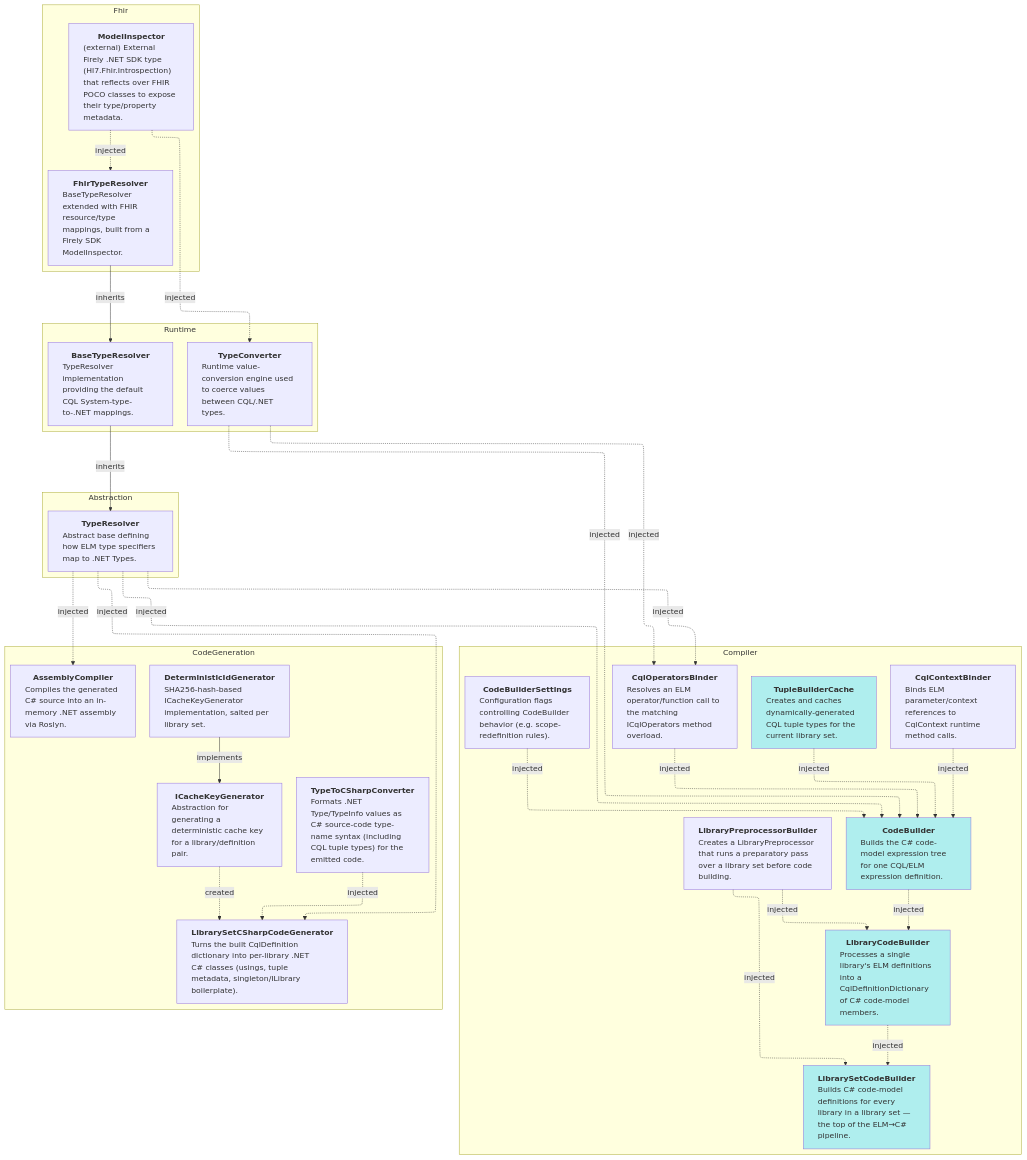
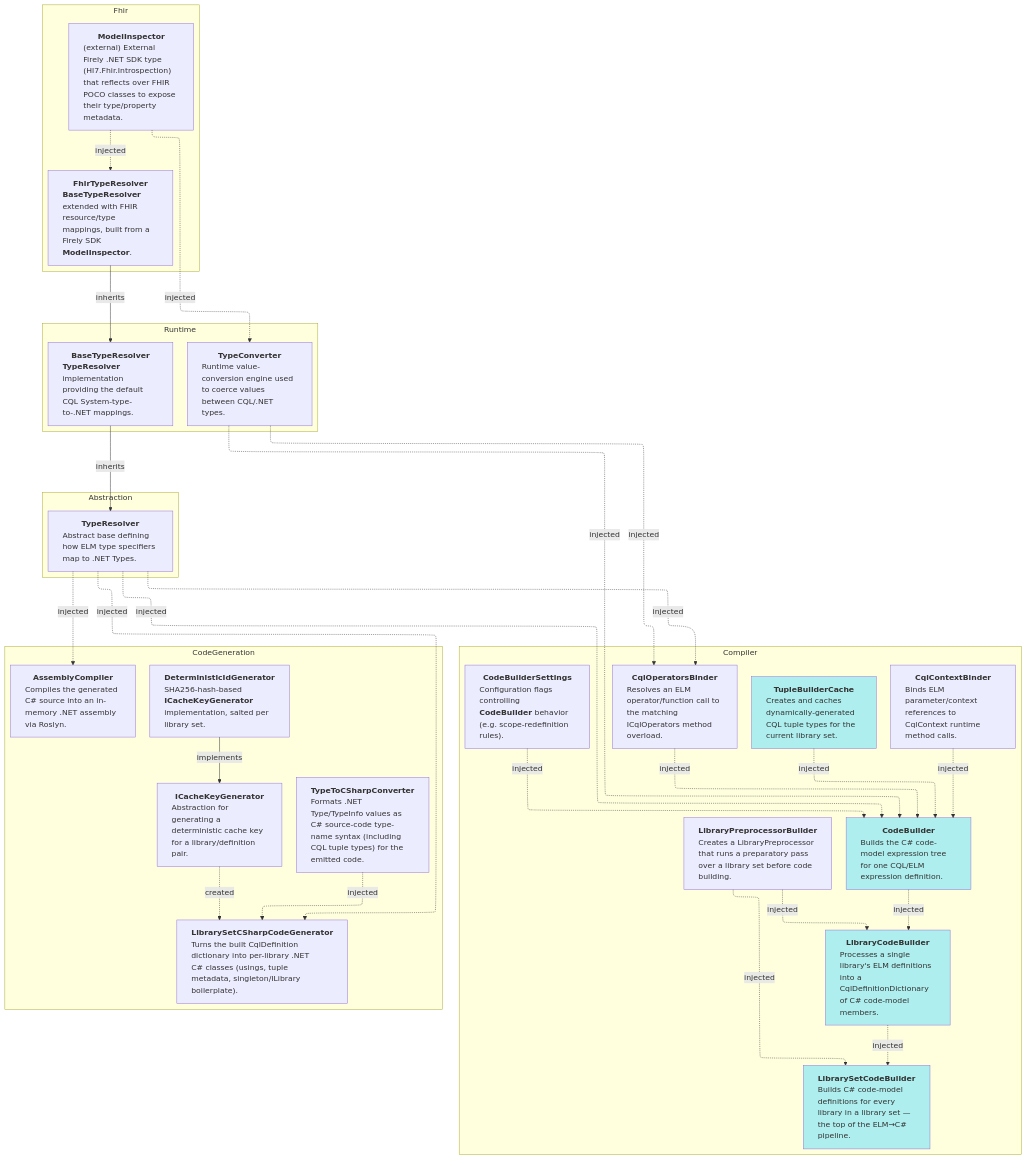
Before and after one commit to FirelyTeam/firely-cql-sdk: the diagram in docs/diagrams/dependency-diagrams.elm-toolkit-services.mmd, drawn with Mermaid. The commit also changed 5 other files, not shown here.

First line of the commit message:
Bold cross-references to other diagrammed types within each description

```diff
--- a/docs/diagrams/dependency-diagrams.elm-toolkit-services.mmd
+++ b/docs/diagrams/dependency-diagrams.elm-toolkit-services.mmd
@@ -1,81 +1,81 @@
 %%{init: {
     'layout': 'elk',
     'themeVariables':{
       'lineColor': '#333',
       'lineWidth': 4
     },
     'themeCSS': '.edgeLabel, .edgeLabel p, .edgeLabel rect, .labelBkg { background: transparent !important; background-color: transparent !important; fill: transparent !important; }'
 }}%%
 
 flowchart TB
 
 subgraph Compiler
 direction TB
 LibrarySetCodeBuilder["<b>LibrarySetCodeBuilder</b><br/><div style='text-align:left; max-width:280px; overflow-wrap:anywhere;'>Builds C# code-model definitions for every library in a library set — the top of the ELM→C# pipeline.</div>"]
 LibraryCodeBuilder["<b>LibraryCodeBuilder</b><br/><div style='text-align:left; max-width:280px; overflow-wrap:anywhere;'>Processes a single library's ELM definitions into a CqlDefinitionDictionary of C# code-model members.</div>"]
 CodeBuilder["<b>CodeBuilder</b><br/><div style='text-align:left; max-width:280px; overflow-wrap:anywhere;'>Builds the C# code-model expression tree for one CQL/ELM expression definition.</div>"]
-CodeBuilderSettings["<b>CodeBuilderSettings</b><br/><div style='text-align:left; max-width:280px; overflow-wrap:anywhere;'>Configuration flags controlling CodeBuilder behavior (e.g. scope-redefinition rules).</div>"]
+CodeBuilderSettings["<b>CodeBuilderSettings</b><br/><div style='text-align:left; max-width:280px; overflow-wrap:anywhere;'>Configuration flags controlling <b>CodeBuilder</b> behavior (e.g. scope-redefinition rules).</div>"]
 TupleBuilderCache["<b>TupleBuilderCache</b><br/><div style='text-align:left; max-width:280px; overflow-wrap:anywhere;'>Creates and caches dynamically-generated CQL tuple types for the current library set.</div>"]
 CqlContextBinder["<b>CqlContextBinder</b><br/><div style='text-align:left; max-width:280px; overflow-wrap:anywhere;'>Binds ELM parameter/context references to CqlContext runtime method calls.</div>"]
 CqlOperatorsBinder["<b>CqlOperatorsBinder</b><br/><div style='text-align:left; max-width:280px; overflow-wrap:anywhere;'>Resolves an ELM operator/function call to the matching ICqlOperators method overload.</div>"]
 LibraryPreprocessorBuilder["<b>LibraryPreprocessorBuilder</b><br/><div style='text-align:left; max-width:280px; overflow-wrap:anywhere;'>Creates a LibraryPreprocessor that runs a preparatory pass over a library set before code building.</div>"]
 end
 
 subgraph CodeGeneration
 direction TB
 TypeToCSharpConverter["<b>TypeToCSharpConverter</b><br/><div style='text-align:left; max-width:280px; overflow-wrap:anywhere;'>Formats .NET Type/TypeInfo values as C# source-code type-name syntax (including CQL tuple types) for the emitted code.</div>"]
 LibrarySetCSharpCodeGenerator["<b>LibrarySetCSharpCodeGenerator</b><br/><div style='text-align:left; max-width:280px; overflow-wrap:anywhere;'>Turns the built CqlDefinition dictionary into per-library .NET C# classes (usings, tuple metadata, singleton/ILibrary boilerplate).</div>"]
 AssemblyCompiler["<b>AssemblyCompiler</b><br/><div style='text-align:left; max-width:280px; overflow-wrap:anywhere;'>Compiles the generated C# source into an in-memory .NET assembly via Roslyn.</div>"]
 ICacheKeyGenerator["<b>ICacheKeyGenerator</b><br/><div style='text-align:left; max-width:280px; overflow-wrap:anywhere;'>Abstraction for generating a deterministic cache key for a library/definition pair.</div>"]
-DeterministicIdGenerator["<b>DeterministicIdGenerator</b><br/><div style='text-align:left; max-width:280px; overflow-wrap:anywhere;'>SHA256-hash-based ICacheKeyGenerator implementation, salted per library set.</div>"]
+DeterministicIdGenerator["<b>DeterministicIdGenerator</b><br/><div style='text-align:left; max-width:280px; overflow-wrap:anywhere;'>SHA256-hash-based <b>ICacheKeyGenerator</b> implementation, salted per library set.</div>"]
 end
 
 subgraph Abstraction
 direction TB
 TypeResolver["<b>TypeResolver</b><br/><div style='text-align:left; max-width:280px; overflow-wrap:anywhere;'>Abstract base defining how ELM type specifiers map to .NET Types.</div>"]
 end
 
 subgraph Runtime
 direction TB
-BaseTypeResolver["<b>BaseTypeResolver</b><br/><div style='text-align:left; max-width:280px; overflow-wrap:anywhere;'>TypeResolver implementation providing the default CQL System-type-to-.NET mappings.</div>"]
+BaseTypeResolver["<b>BaseTypeResolver</b><br/><div style='text-align:left; max-width:280px; overflow-wrap:anywhere;'><b>TypeResolver</b> implementation providing the default CQL System-type-to-.NET mappings.</div>"]
 TypeConverter["<b>TypeConverter</b><br/><div style='text-align:left; max-width:280px; overflow-wrap:anywhere;'>Runtime value-conversion engine used to coerce values between CQL/.NET types.</div>"]
 end
 
 subgraph Fhir
 direction TB
-FhirTypeResolver["<b>FhirTypeResolver</b><br/><div style='text-align:left; max-width:280px; overflow-wrap:anywhere;'>BaseTypeResolver extended with FHIR resource/type mappings, built from a Firely SDK ModelInspector.</div>"]
+FhirTypeResolver["<b>FhirTypeResolver</b><br/><div style='text-align:left; max-width:280px; overflow-wrap:anywhere;'><b>BaseTypeResolver</b> extended with FHIR resource/type mappings, built from a Firely SDK <b>ModelInspector</b>.</div>"]
 ModelInspector["<b>ModelInspector</b><br/><div style='text-align:left; max-width:280px; overflow-wrap:anywhere;'>(external) External Firely .NET SDK type (Hl7.Fhir.Introspection) that reflects over FHIR POCO classes to expose their type/property metadata.</div>"]
 end
 
 style LibrarySetCodeBuilder fill:#AFEEEE
 style LibraryCodeBuilder fill:#AFEEEE
 style CodeBuilder fill:#AFEEEE
 style TupleBuilderCache fill:#AFEEEE
 
 BaseTypeResolver -->|inherits| TypeResolver
 FhirTypeResolver -->|inherits| BaseTypeResolver
 DeterministicIdGenerator -->|implements| ICacheKeyGenerator
 
 LibraryCodeBuilder -.->|injected| LibrarySetCodeBuilder
 LibraryPreprocessorBuilder -.->|injected| LibrarySetCodeBuilder
 CodeBuilder -.->|injected| LibraryCodeBuilder
 LibraryPreprocessorBuilder -.->|injected| LibraryCodeBuilder
 
 TypeResolver -.->|injected| CodeBuilder
 CqlOperatorsBinder -.->|injected| CodeBuilder
 TupleBuilderCache -.->|injected| CodeBuilder
 CqlContextBinder -.->|injected| CodeBuilder
 CodeBuilderSettings -.->|injected| CodeBuilder
 TypeConverter -.->|injected| CodeBuilder
 
 TypeResolver -.->|injected| CqlOperatorsBinder
 TypeConverter -.->|injected| CqlOperatorsBinder
 
 ModelInspector -.->|injected| TypeConverter
 ModelInspector -.->|injected| FhirTypeResolver
 
 TypeToCSharpConverter -.->|injected| LibrarySetCSharpCodeGenerator
 TypeResolver -.->|injected| LibrarySetCSharpCodeGenerator
 ICacheKeyGenerator -.->|created| LibrarySetCSharpCodeGenerator
 
 TypeResolver -.->|injected| AssemblyCompiler
```
